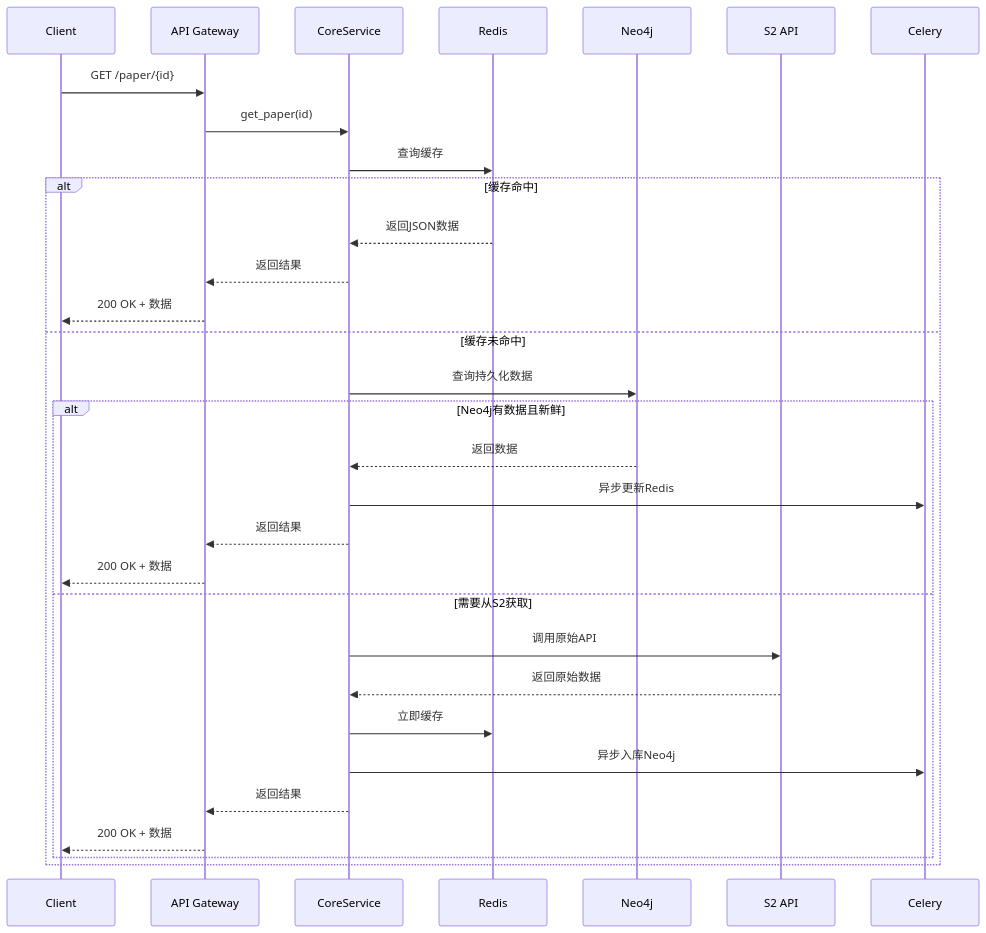
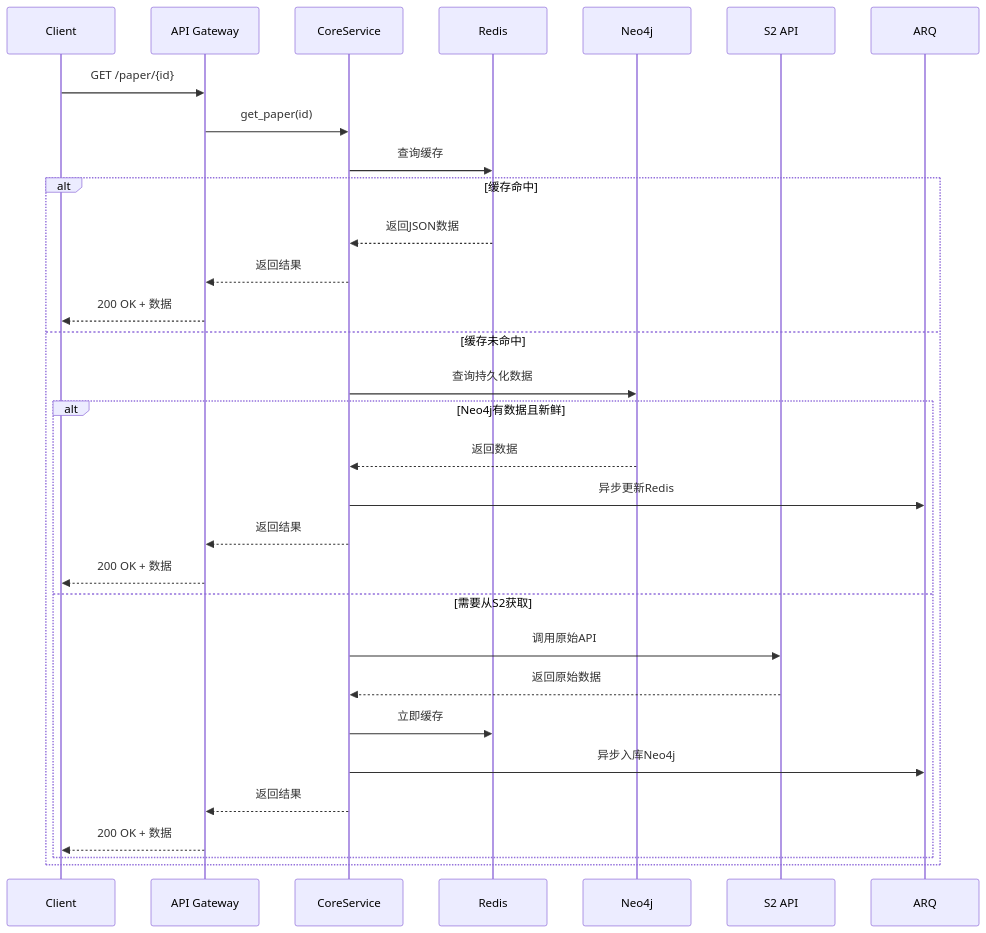
Before and after one commit to tyqqj0/Paper_Parser: the first of 2 diagrams in docs/0.4/architecture.md, drawn with Mermaid. The commit also changed other lines of this file and 32 other files, not shown here.

````diff
--- a/docs/0.4/architecture.md
+++ b/docs/0.4/architecture.md
@@ -78,35 +78,35 @@
 ```mermaid
 sequenceDiagram
     participant Client
     participant API Gateway
     participant CoreService
     participant Redis
     participant Neo4j
     participant S2 API
-    participant Celery
+    participant ARQ
 
     Client->>API Gateway: GET /paper/{id}
     API Gateway->>CoreService: get_paper(id)
     
     CoreService->>Redis: 查询缓存
     alt 缓存命中
         Redis-->>CoreService: 返回JSON数据
         CoreService-->>API Gateway: 返回结果
         API Gateway-->>Client: 200 OK + 数据
     else 缓存未命中
         CoreService->>Neo4j: 查询持久化数据
         alt Neo4j有数据且新鲜
             Neo4j-->>CoreService: 返回数据
-            CoreService->>Celery: 异步更新Redis
+            CoreService->>ARQ: 异步更新Redis
             CoreService-->>API Gateway: 返回结果
             API Gateway-->>Client: 200 OK + 数据
         else 需要从S2获取
             CoreService->>S2 API: 调用原始API
             S2 API-->>CoreService: 返回原始数据
             CoreService->>Redis: 立即缓存
-            CoreService->>Celery: 异步入库Neo4j
+            CoreService->>ARQ: 异步入库Neo4j
             CoreService-->>API Gateway: 返回结果
             API Gateway-->>Client: 200 OK + 数据
         end
     end
 ```
````
